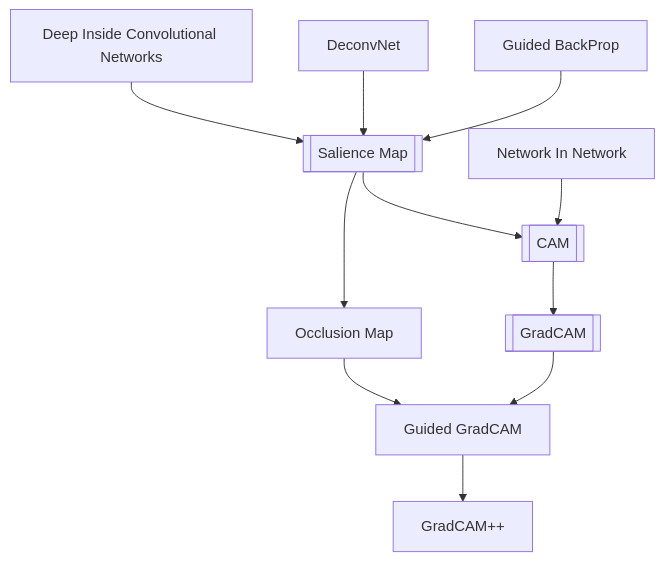
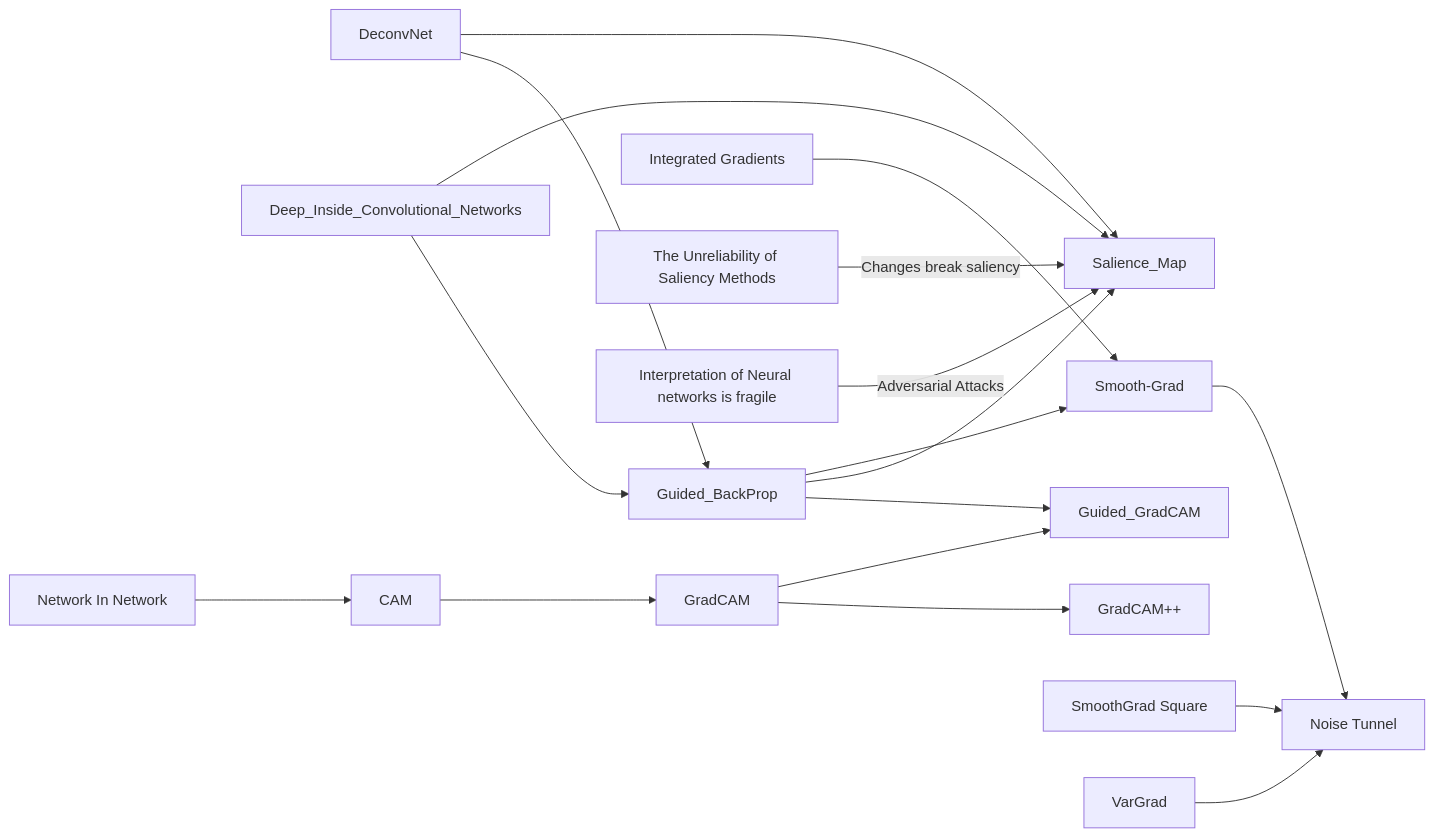
Before and after one commit to SubhadityaMukherjee/AI-knowledge-base: the diagram in docs/Vision_Explainibility.md, drawn with Mermaid. The commit also changed other lines of this file and 63 other files, not shown here.

````diff
--- a/docs/Vision_Explainibility.md
+++ b/docs/Vision_Explainibility.md
@@ -39,22 +45,49 @@
 ```mermaid
 
-graph TD;
-E1[Guided BackProp] --> A
-E2[DeconvNet] --> A
-E3[Deep Inside Convolutional Networks] --> A
-A[[Salience Map]] --> B[[CAM]] --> C[[GradCAM]] --> E[Guided GradCAM]
-A --> F[Occlusion Map] --> E
-E --> D[GradCAM++]
+graph LR;
+E2[DeconvNet] --> E1
+E3[Deep_Inside_Convolutional_Networks] --> E1
+E1[Guided_BackProp]
 
-E4[Network In Network] --> B
+B1[CAM] --> B2[GradCAM] --> B3[GradCAM++]
+
+E4[Network In Network] --> B1
+
+B2 --> B4[Guided_GradCAM]
+E1 --> B4
+
+E2 --> A[Salience_Map]
+E3 --> A
+E1 --> A
+
+C0[Integrated Gradients] --> C1
+E1 --> C1
+C1[Smooth-Grad] --> C4
+C2[SmoothGrad Square] --> C4
+C3[VarGrad] --> C4
+C4[Noise Tunnel]
+
+U1[The Unreliability of Saliency Methods] --Changes break saliency--> A
+U2[Interpretation of Neural networks is fragile] --Adversarial Attacks--> A
 class A internal-link
 class B internal-link
+class B1 internal-link
+class B2 internal-link
+class B3 internal-link
+class B4 internal-link
 class C internal-link
+class C0 internal-link
+class C1 internal-link
+class C2 internal-link
+class C3 internal-link
+class C4 internal-link
 class D internal-link
 class E internal-link
 class F internal-link
 class E1 internal-link
 class E2 internal-link
 class E3 internal-link
 class E4 internal-link
+class U1 internal-link
+class U2 internal-link
 ```
````
